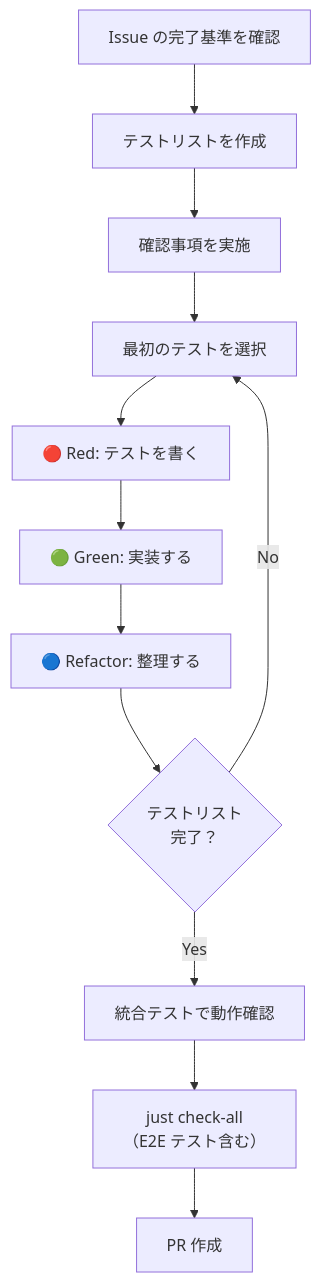
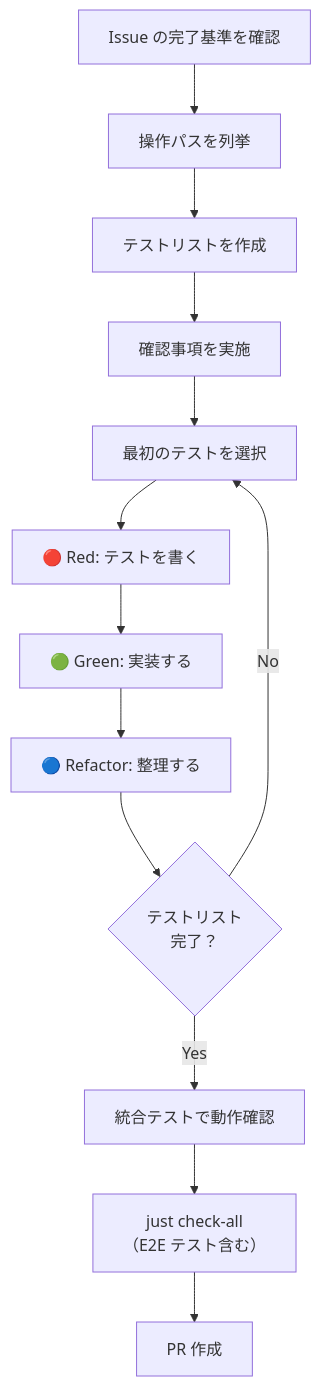
The fourth of 4 diagrams in docs/04_手順書/04_開発フロー/02_TDD開発フロー.md (ka2kama/ringiflow), drawn with Mermaid before and after one commit. The commit also changed other lines of this file and 9 other files, not shown here.

````diff
--- a/docs/04_手順書/04_開発フロー/02_TDD開発フロー.md
+++ b/docs/04_手順書/04_開発フロー/02_TDD開発フロー.md
@@ -531,14 +616,15 @@
 ```mermaid
 flowchart TD
-    A["Issue の完了基準を確認"] --> B["テストリストを作成"]
+    A["Issue の完了基準を確認"] --> OP["操作パスを列挙"]
+    OP --> B["テストリストを作成"]
     B --> V["確認事項を実施"]
     V --> C["最初のテストを選択"]
     C --> D["🔴 Red: テストを書く"]
     D --> E["🟢 Green: 実装する"]
     E --> F["🔵 Refactor: 整理する"]
     F --> G{"テストリスト<br/>完了？"}
     G -->|No| C
     G -->|Yes| H["統合テストで動作確認"]
     H --> J["just check-all<br/>（E2E テスト含む）"]
     J --> I["PR 作成"]
 ```
````
